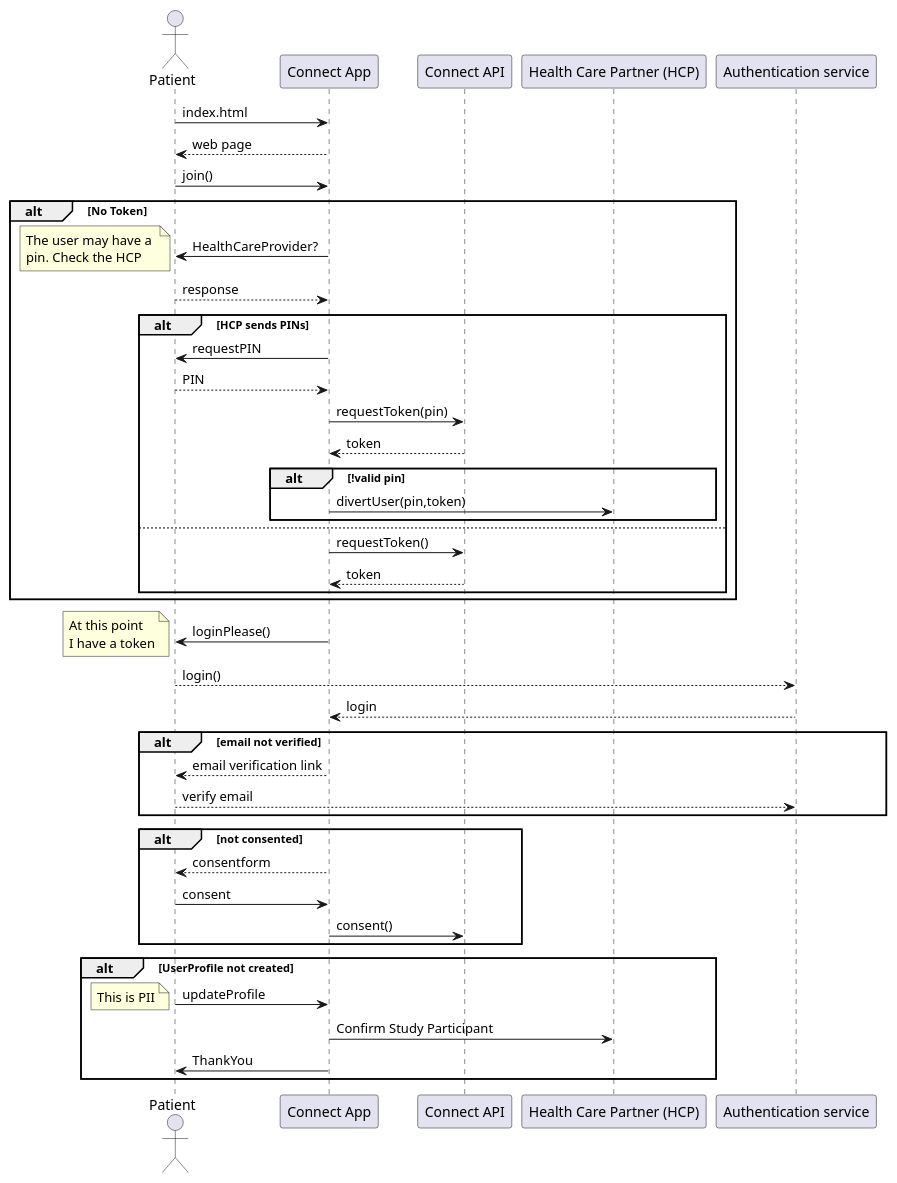
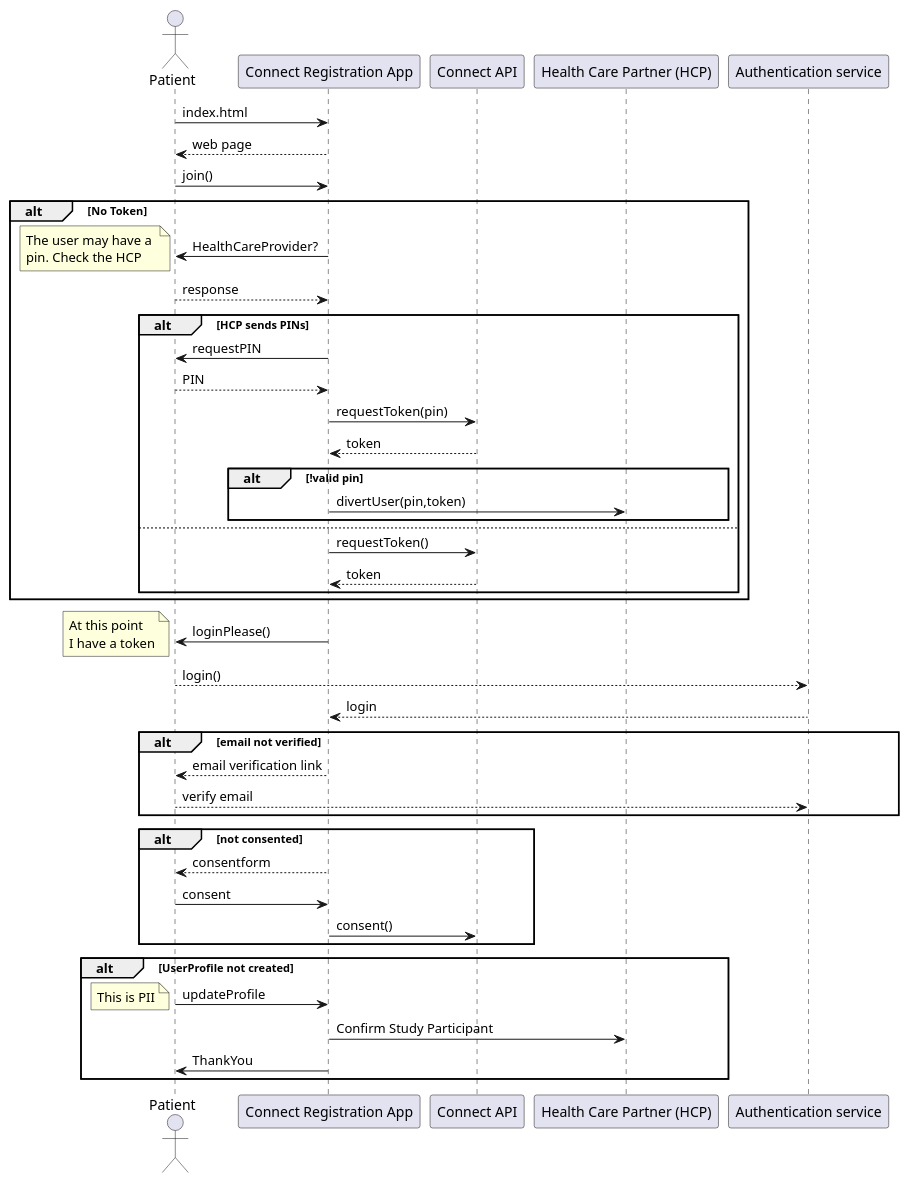
Before and after one commit to episphere/doc: the diagram in AccountRegistration/reg.plantuml, drawn with PlantUML. The commit also changed 2 other files, not shown here.

Commit message:
update registration diagram

```diff
--- a/AccountRegistration/reg.plantuml
+++ b/AccountRegistration/reg.plantuml
@@ -1,63 +1,63 @@
 @startuml
 skinparam shadowing false
 actor Patient as A
-participant "Connect App" as CA
+participant "Connect Registration App" as CA
 participant "Connect API" as API
 participant "Health Care Partner (HCP)" as HCP
 participant "Authentication service" as AS
 
 A ->CA: index.html
 A <-- CA: web page
 A ->CA: join()
 alt No Token 
   CA -> A: HealthCareProvider?
   note left
     The user may have a 
     pin. Check the HCP
   end note
 
   A --> CA: response
 
   alt HCP sends PINs
     CA -> A: requestPIN
     A --> CA: PIN
     CA -> API: requestToken(pin)
     CA <-- API: token
     alt !valid pin
        CA -> HCP: divertUser(pin,token)
     end
   else
     CA -> API: requestToken()
     CA <-- API: token
   end
 end
 CA -> A:  loginPlease()
   note left
     At this point
     I have a token
   end note
 A --> AS: login()
 AS --> CA: login
 
 alt email not verified
   CA --> A: email verification link
   A --> AS: verify email
 end
 
 alt not consented
   CA --> A: consentform
   A -> CA: consent
   CA -> API: consent()
 end
 
 alt UserProfile not created
   A -> CA: updateProfile
   note left
     This is PII
   end note
   CA -> HCP: Confirm Study Participant
   CA -> A: ThankYou
 end
 
 
 @enduml
```
